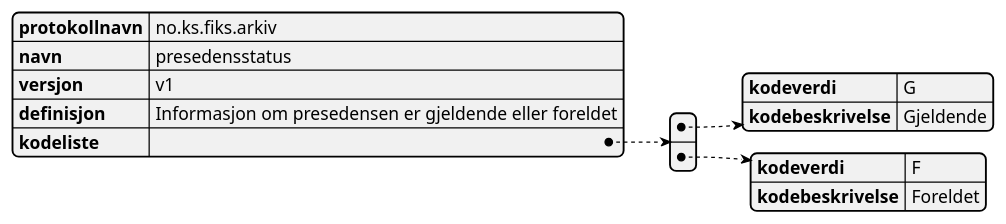
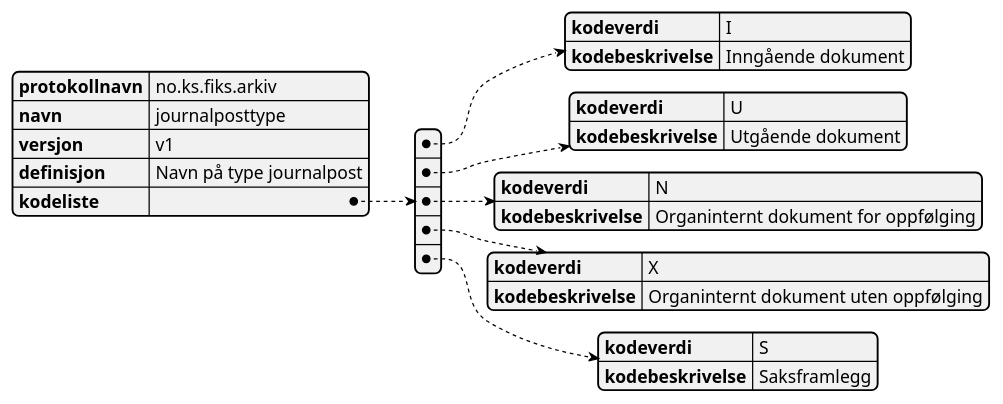
One commit to ks-no/fiks-arkiv-specification changed the diagram in Schema/V1/kodelister/no.ks.fiks.arkiv.v1.kodelister.journalposttype/no.ks.fiks.arkiv.v1.kodelister.journalposttype.puml. Above: the diagram before and after it, drawn with PlantUML. The commit also changed 9 other files, not shown here.

```diff
--- a/Schema/V1/kodelister/no.ks.fiks.arkiv.v1.kodelister.journalposttype/no.ks.fiks.arkiv.v1.kodelister.journalposttype.puml
+++ b/Schema/V1/kodelister/no.ks.fiks.arkiv.v1.kodelister.journalposttype/no.ks.fiks.arkiv.v1.kodelister.journalposttype.puml
@@ -1,18 +1,30 @@
 @startjson
 {
   "protokollnavn": "no.ks.fiks.arkiv",
-  "navn": "presedensstatus",
+  "navn": "journalposttype",
   "versjon": "v1",
-  "definisjon": "Informasjon om presedensen er gjeldende eller foreldet",
+  "definisjon": "Navn på type journalpost",
   "kodeliste": [
     {
-      "kodeverdi" : "G",
-      "kodebeskrivelse" : "Gjeldende"
+      "kodeverdi" : "I",
+      "kodebeskrivelse" : "Inngående dokument"
     },
     {
-      "kodeverdi" : "F",
-      "kodebeskrivelse" : "Foreldet"
+      "kodeverdi" : "U",
+      "kodebeskrivelse" : "Utgående dokument"
+    },
+    {
+      "kodeverdi" : "N",
+      "kodebeskrivelse" : "Organinternt dokument for oppfølging"
+    },
+    {
+      "kodeverdi" : "X",
+      "kodebeskrivelse" : "Organinternt dokument uten oppfølging"
+    },
+    {
+      "kodeverdi" : "S",
+      "kodebeskrivelse" : "Saksframlegg"
     }
   ]
 }
 @endjson
```
